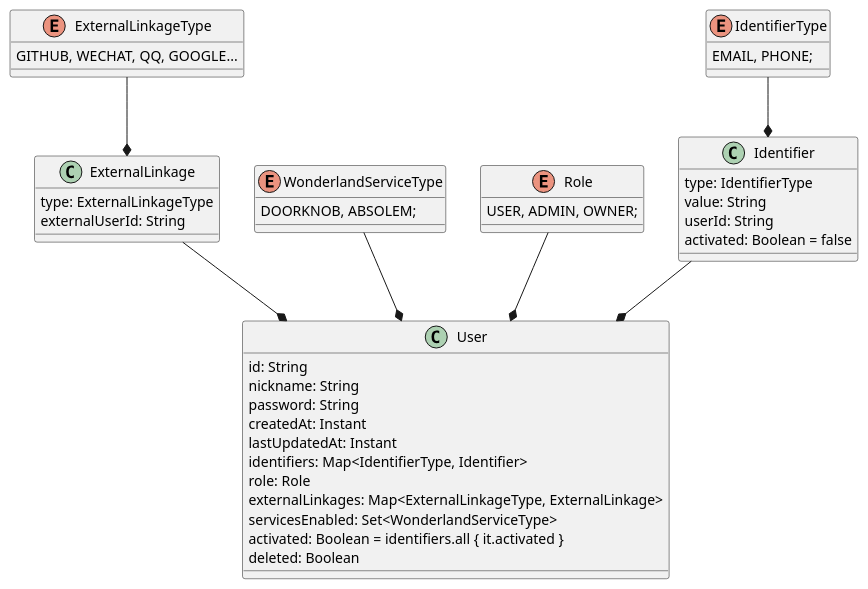
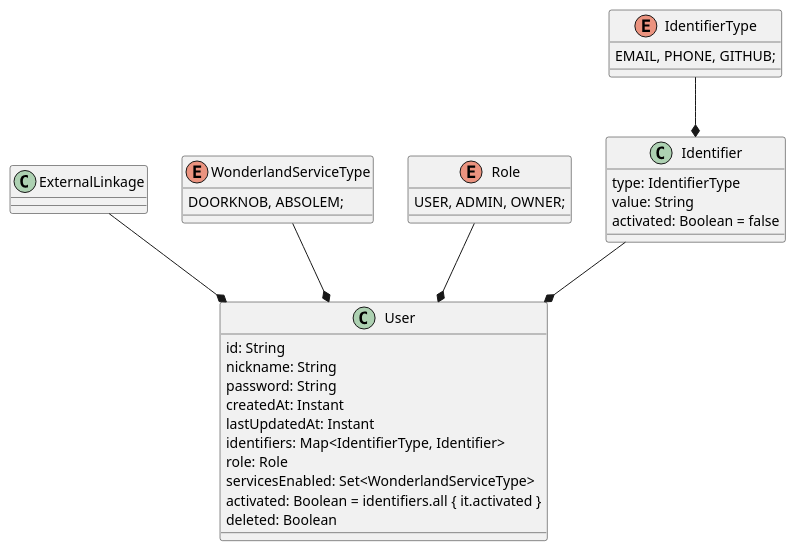
The fifth of 5 diagrams in docs/docs/design.md (alices-wonderland/doorknob), drawn with PlantUML before and after one commit. The commit also changed other lines of this file and 1 other file, not shown here.

Commit message:
Unify external linkage with general identifier

```diff
--- a/docs/docs/design.md
+++ b/docs/docs/design.md
@@ -147,43 +147,33 @@
 @startuml
   Identifier --* User
   ExternalLinkage --* User
   WonderlandServiceType --* User
   Role --* User
   class User {
     id: String
     nickname: String
     password: String
     createdAt: Instant
     lastUpdatedAt: Instant
     identifiers: Map<IdentifierType, Identifier>
     role: Role
-    externalLinkages: Map<ExternalLinkageType, ExternalLinkage>
     servicesEnabled: Set<WonderlandServiceType>
     activated: Boolean = identifiers.all { it.activated }
     deleted: Boolean
   }
   IdentifierType --* Identifier
   class Identifier {
     type: IdentifierType
     value: String
-    userId: String
     activated: Boolean = false
   }
   enum IdentifierType {
-    EMAIL, PHONE;
+    EMAIL, PHONE, GITHUB;
   }
   enum Role {
     USER, ADMIN, OWNER;
-  }
-  ExternalLinkageType --* ExternalLinkage
-  class ExternalLinkage {
-    type: ExternalLinkageType
-    externalUserId: String
-  }
-  enum ExternalLinkageType {
-    GITHUB, WECHAT, QQ, GOOGLE...
   }
   enum WonderlandServiceType {
     DOORKNOB, ABSOLEM;
   }
 @enduml
```
